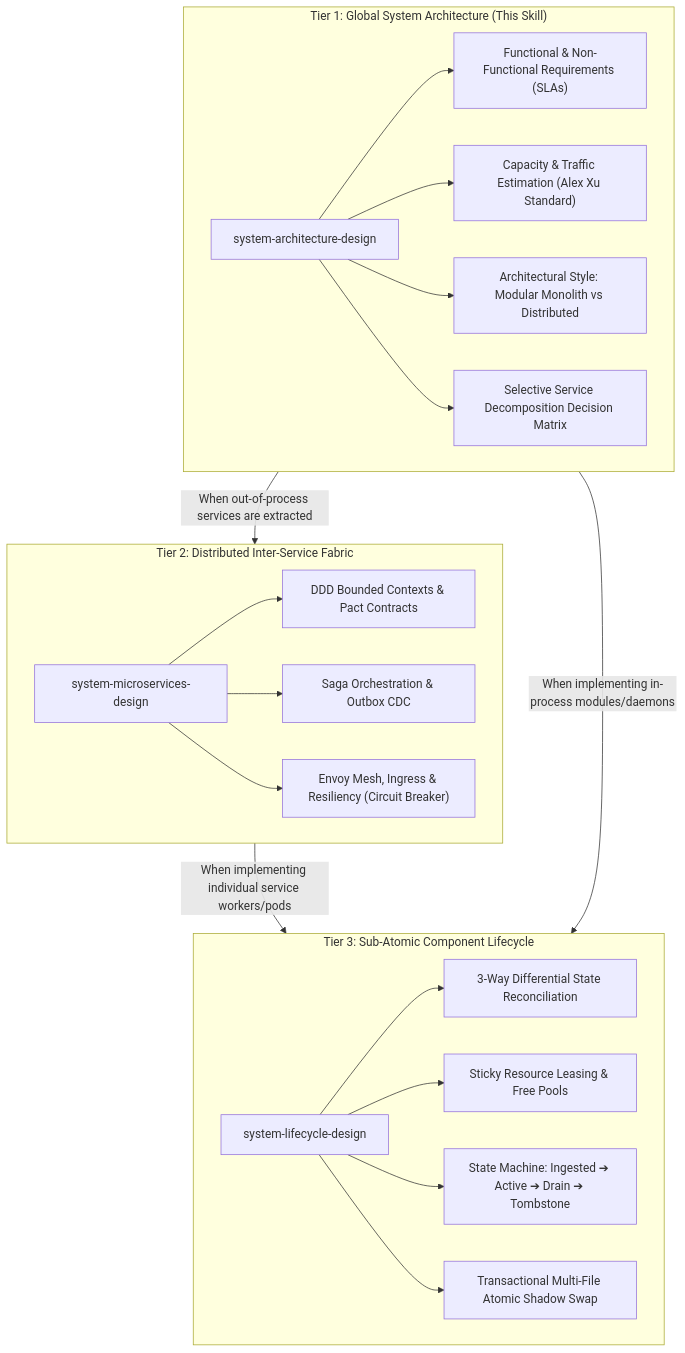
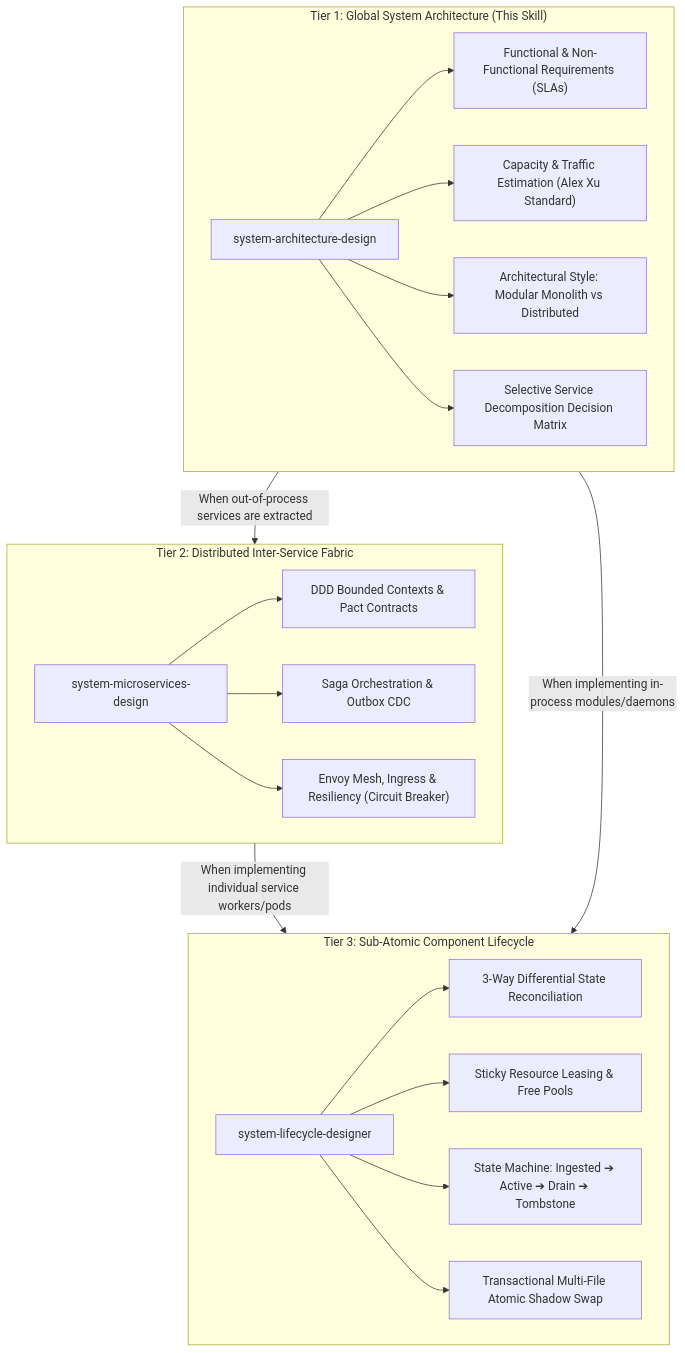
One commit to mdnaimul22/human-skills changed the first of 6 diagrams in skills/storage/my_skills/system-architecture-design/SKILL.md. Above: the diagram before and after it, drawn with Mermaid. The commit also changed other lines of this file and 8 other files, not shown here.

First line of the commit message:
feat(architecture): add Software Architect agent and sync 3-tier system design suite

````diff
--- a/skills/storage/my_skills/system-architecture-design/SKILL.md
+++ b/skills/storage/my_skills/system-architecture-design/SKILL.md
@@ -30,29 +30,29 @@
 ```mermaid
 flowchart TD
     subgraph Tier1["Tier 1: Global System Architecture (This Skill)"]
         T1["system-architecture-design"]
         T1 --> A1["Functional & Non-Functional Requirements (SLAs)"]
         T1 --> A2["Capacity & Traffic Estimation (Alex Xu Standard)"]
         T1 --> A3["Architectural Style: Modular Monolith vs Distributed"]
         T1 --> A4["Selective Service Decomposition Decision Matrix"]
     end
 
     subgraph Tier2["Tier 2: Distributed Inter-Service Fabric"]
         T2["system-microservices-design"]
         T2 --> B1["DDD Bounded Contexts & Pact Contracts"]
         T2 --> B2["Saga Orchestration & Outbox CDC"]
         T2 --> B3["Envoy Mesh, Ingress & Resiliency (Circuit Breaker)"]
     end
 
     subgraph Tier3["Tier 3: Sub-Atomic Component Lifecycle"]
-        T3["system-lifecycle-design"]
+        T3["system-lifecycle-designer"]
         T3 --> C1["3-Way Differential State Reconciliation"]
         T3 --> C2["Sticky Resource Leasing & Free Pools"]
         T3 --> C3["State Machine: Ingested ➔ Active ➔ Drain ➔ Tombstone"]
         T3 --> C4["Transactional Multi-File Atomic Shadow Swap"]
     end
 
     Tier1 -- "When out-of-process services are extracted" --> Tier2
     Tier2 -- "When implementing individual service workers/pods" --> Tier3
     Tier1 -- "When implementing in-process modules/daemons" --> Tier3
 ```
````
